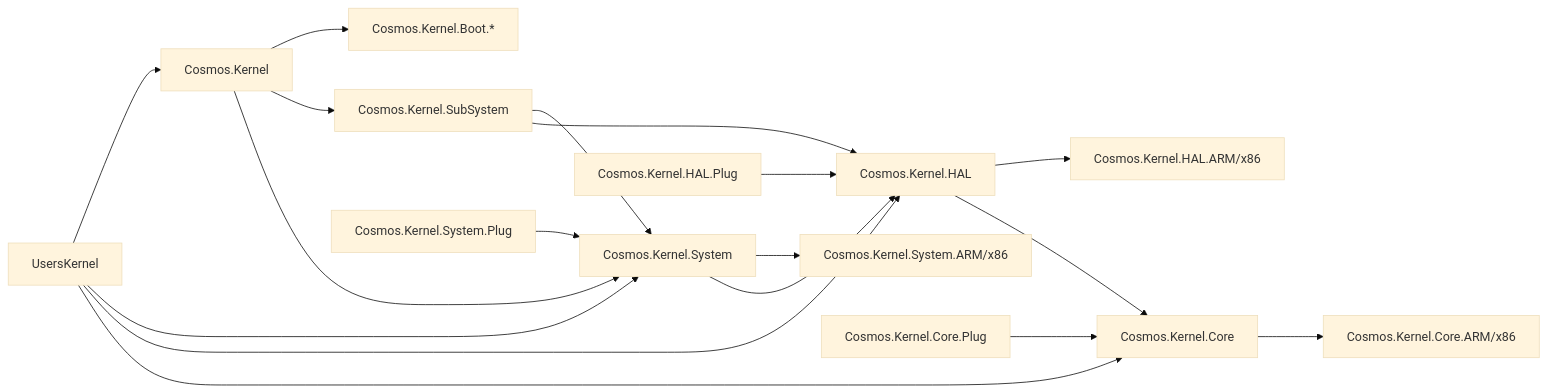
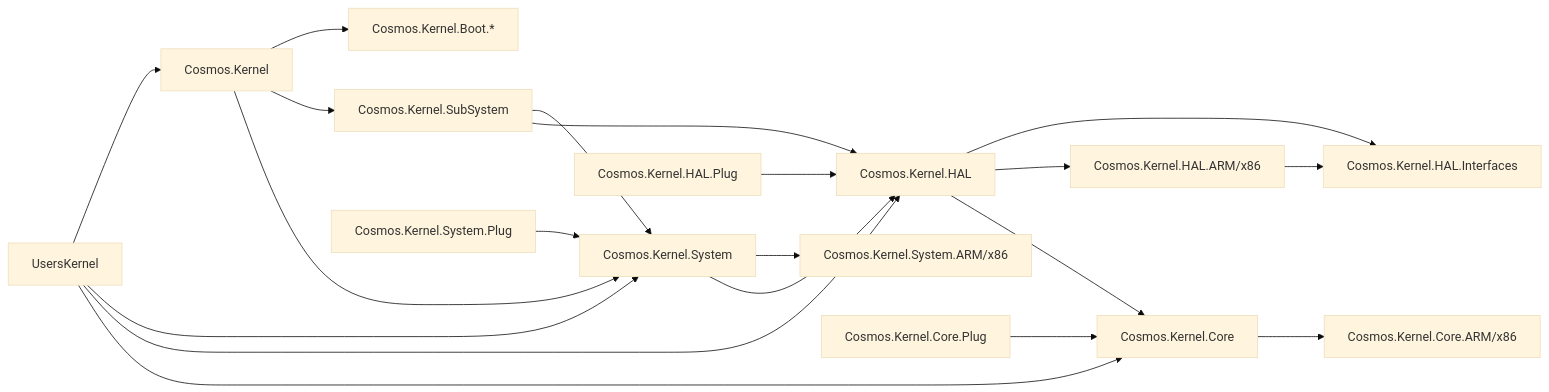
One commit to valentinbreiz/nativeaot-patcher changed the diagram in docs/articles/kernel-project-layout.md. Above: the diagram before and after it, drawn with Mermaid (base theme). The commit also changed 14 other files, not shown here.

````diff
--- a/docs/articles/kernel-project-layout.md
+++ b/docs/articles/kernel-project-layout.md
@@ -6,20 +6,22 @@
 ```mermaid
 flowchart LR;
 	UsersKernel-->Cosmos.Kernel;
 	UsersKernel-->Cosmos.Kernel.System;
 	UsersKernel-->Cosmos.Kernel.HAL;
 	UsersKernel-->Cosmos.Kernel.Core;
     Cosmos.Kernel-->Cosmos.Kernel.Boot.*;
 	Cosmos.Kernel-->Cosmos.Kernel.SubSystem;
 	Cosmos.Kernel.SubSystem-->Cosmos.Kernel.System;
 	Cosmos.Kernel.SubSystem-->Cosmos.Kernel.HAL;
     Cosmos.Kernel-->Cosmos.Kernel.System;
     Cosmos.Kernel.System-->Cosmos.Kernel.System.ARM/x86;
 	Cosmos.Kernel.System.Plug-->Cosmos.Kernel.System;
     Cosmos.Kernel.System-->Cosmos.Kernel.HAL;
+    Cosmos.Kernel.HAL-->Cosmos.Kernel.HAL.Interfaces;
 	Cosmos.Kernel.HAL-->Cosmos.Kernel.HAL.ARM/x86;
+	Cosmos.Kernel.HAL.ARM/x86-->Cosmos.Kernel.HAL.Interfaces;
 	Cosmos.Kernel.HAL.Plug-->Cosmos.Kernel.HAL;
 	Cosmos.Kernel.HAL-->Cosmos.Kernel.Core;
     Cosmos.Kernel.Core-->Cosmos.Kernel.Core.ARM/x86;
 	Cosmos.Kernel.Core.Plug-->Cosmos.Kernel.Core;
 ```
````
